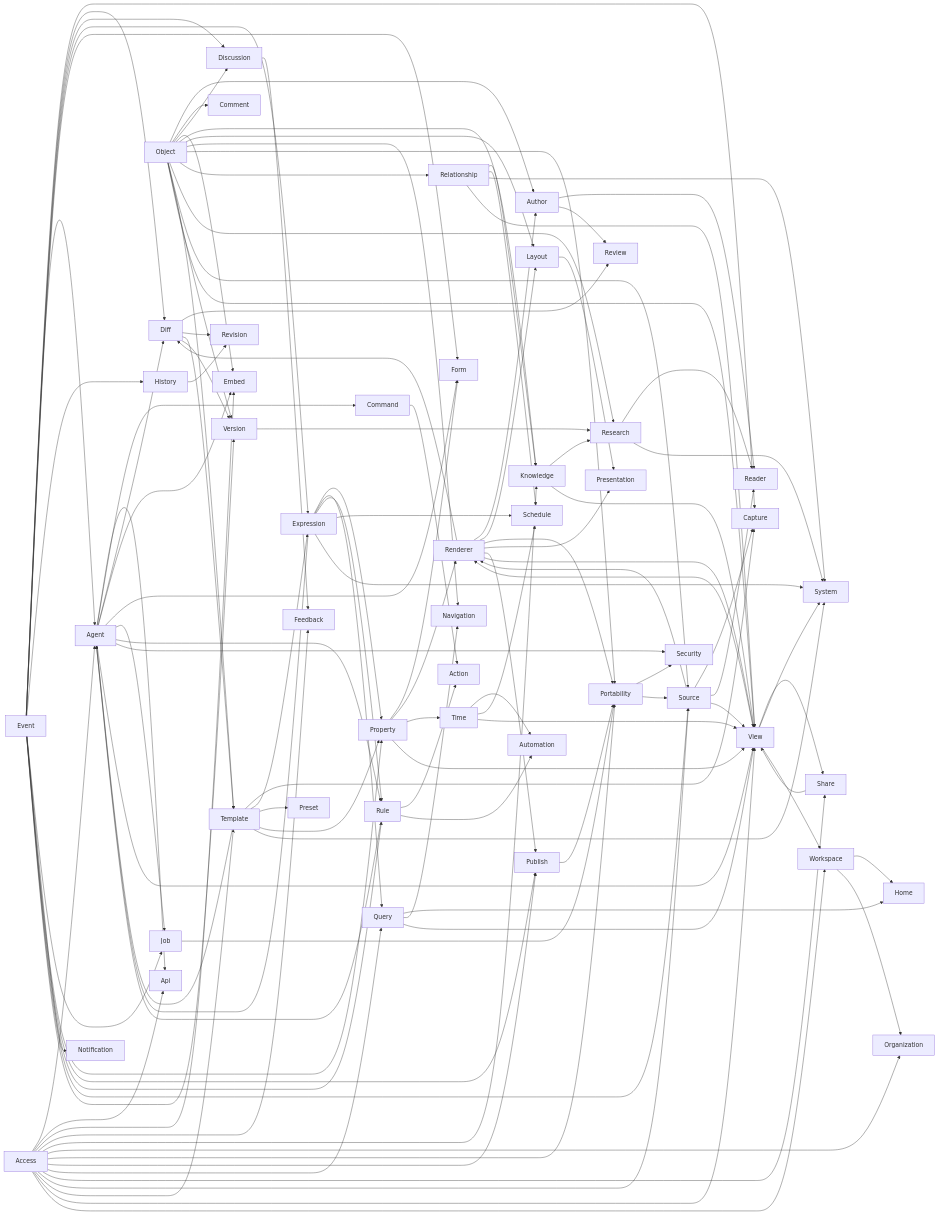
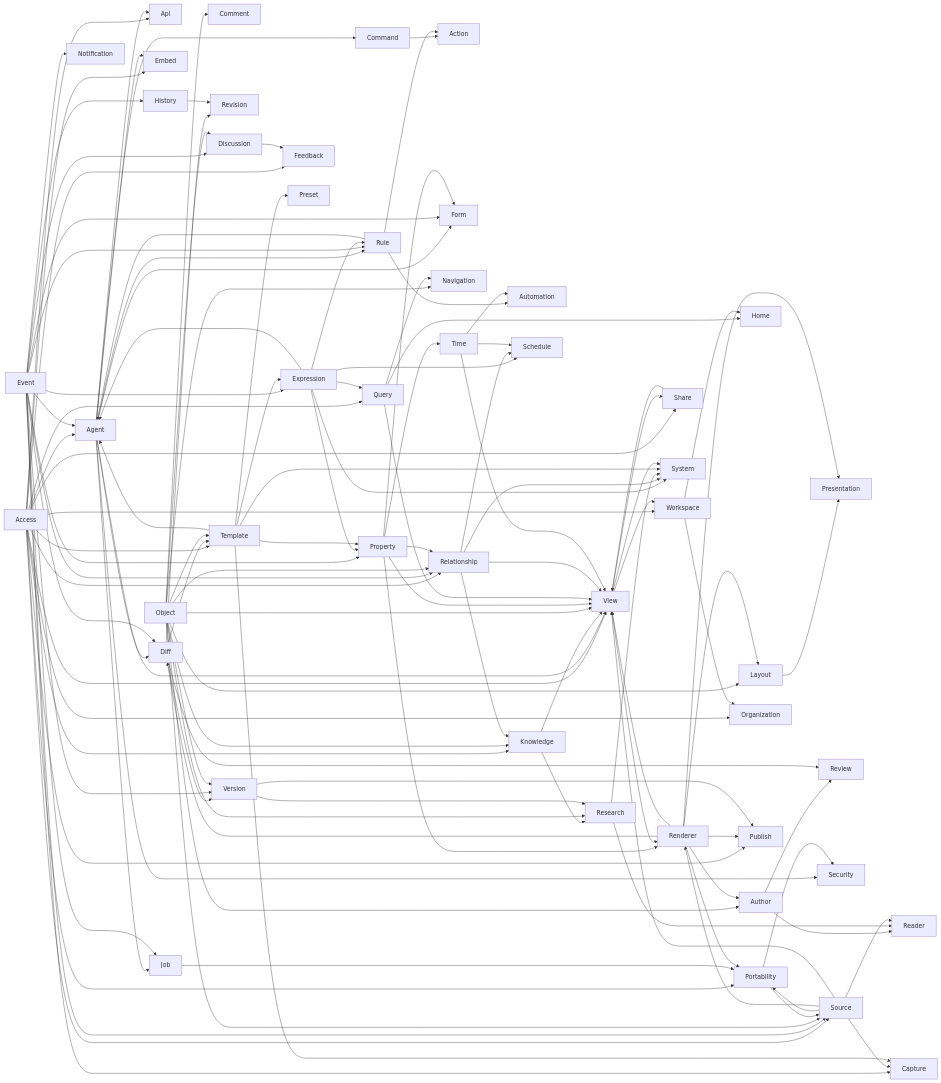
Before and after one commit to BuilderIO/agent-native: the diagram in templates/content/docs/product/encyclopedia.md, drawn with Mermaid. The commit also changed other lines of this file and 130 other files, not shown here.

```diff
--- a/templates/content/docs/product/encyclopedia.md
+++ b/templates/content/docs/product/encyclopedia.md
@@ -83,6 +83,7 @@
   family_access --> family_portability
   family_access --> family_publish
   family_access --> family_query
+  family_access --> family_relationship
   family_access --> family_share
   family_access --> family_source
   family_access --> family_template
@@ -115,7 +116,7 @@
   family_event --> family_job
   family_event --> family_notification
   family_event --> family_property
-  family_event --> family_publish
+  family_event --> family_relationship
   family_event --> family_rule
   family_event --> family_source
   family_event --> family_version
@@ -133,11 +134,9 @@
   family_object --> family_author
   family_object --> family_comment
   family_object --> family_discussion
-  family_object --> family_embed
   family_object --> family_knowledge
   family_object --> family_layout
   family_object --> family_navigation
-  family_object --> family_portability
   family_object --> family_relationship
   family_object --> family_research
   family_object --> family_source
@@ -147,10 +146,10 @@
   family_portability --> family_security
   family_portability --> family_source
   family_property --> family_form
+  family_property --> family_relationship
   family_property --> family_renderer
   family_property --> family_time
   family_property --> family_view
-  family_publish --> family_portability
   family_query --> family_home
   family_query --> family_navigation
   family_query --> family_view
@@ -172,6 +171,7 @@
   family_rule --> family_automation
   family_share --> family_view
   family_source --> family_capture
+  family_source --> family_portability
   family_source --> family_reader
   family_source --> family_renderer
   family_source --> family_view
@@ -184,6 +184,7 @@
   family_time --> family_automation
   family_time --> family_schedule
   family_time --> family_view
+  family_version --> family_publish
   family_version --> family_research
   family_view --> family_renderer
   family_view --> family_share
```
